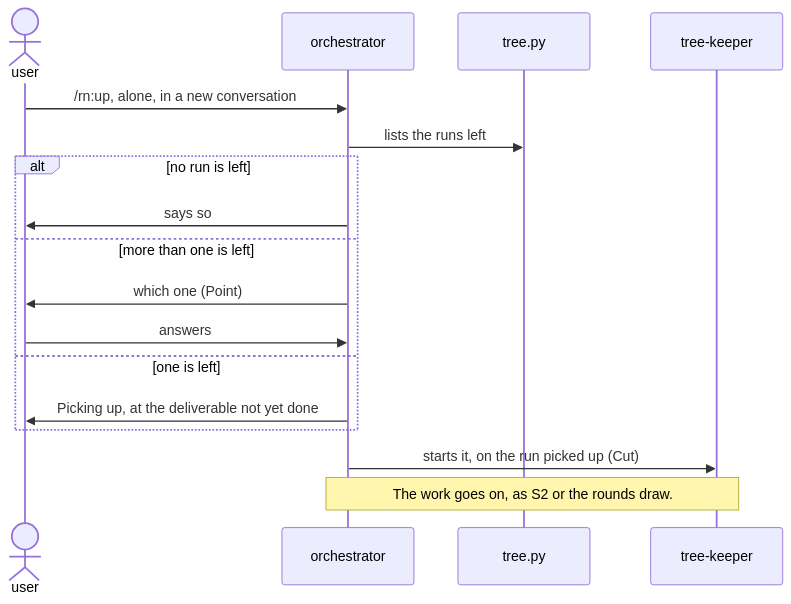
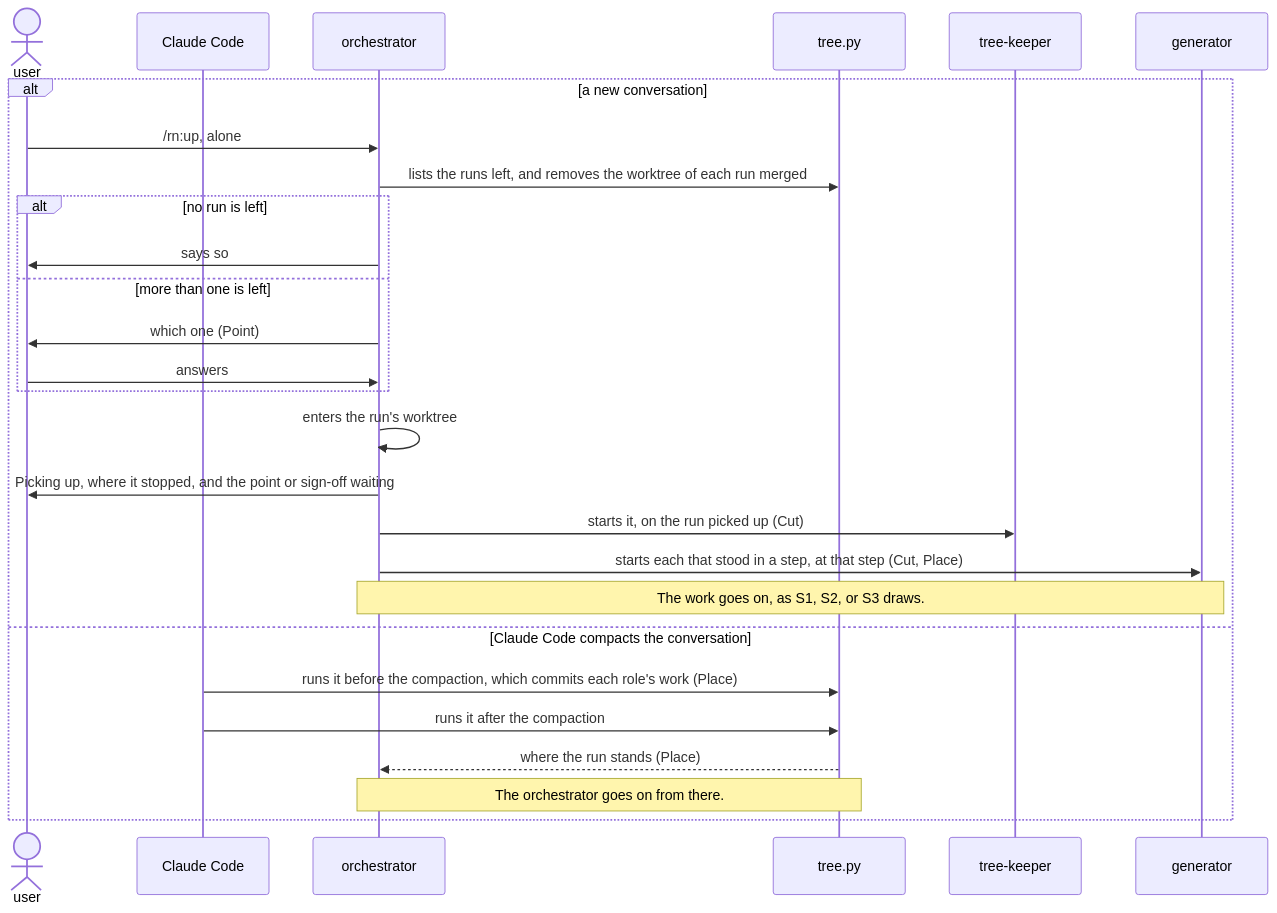
Before and after one commit to lovaizu/ccpm: the fifth of 6 diagrams in dev/rn/architecture.md, drawn with Mermaid. The commit also changed other lines of this file and 11 other files, not shown here.

````diff
--- a/dev/rn/architecture.md
+++ b/dev/rn/architecture.md
@@ -240,19 +313,29 @@
 ```mermaid
 sequenceDiagram
   actor U as user
+  participant CC as Claude Code
   participant O as orchestrator
   participant T as tree.py
   participant K as tree-keeper
-  U->>O: /rn:up, alone, in a new conversation
-  O->>T: lists the runs left
-  alt no run is left
-    O->>U: says so
-  else more than one is left
-    O->>U: which one (Point)
-    U->>O: answers
-  else one is left
-    O->>U: Picking up, at the deliverable not yet done
+  participant G as generator
+  alt a new conversation
+    U->>O: /rn:up, alone
+    O->>T: lists the runs left, and removes the worktree of each run merged
+    alt no run is left
+      O->>U: says so
+    else more than one is left
+      O->>U: which one (Point)
+      U->>O: answers
+    end
+    O->>O: enters the run's worktree
+    O->>U: Picking up, where it stopped, and the point or sign-off waiting
+    O->>K: starts it, on the run picked up (Cut)
+    O->>G: starts each that stood in a step, at that step (Cut, Place)
+    Note over O,G: The work goes on, as S1, S2, or S3 draws.
+  else Claude Code compacts the conversation
+    CC->>T: runs it before the compaction, which commits each role's work (Place)
+    CC->>T: runs it after the compaction
+    T-->>O: where the run stands (Place)
+    Note over O,T: The orchestrator goes on from there.
   end
-  O->>K: starts it, on the run picked up (Cut)
-  Note over O,K: The work goes on, as S2 or the rounds draw.
 ```
````
